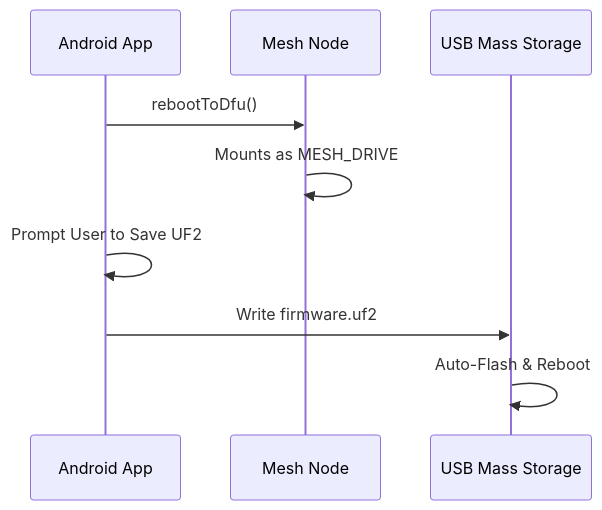
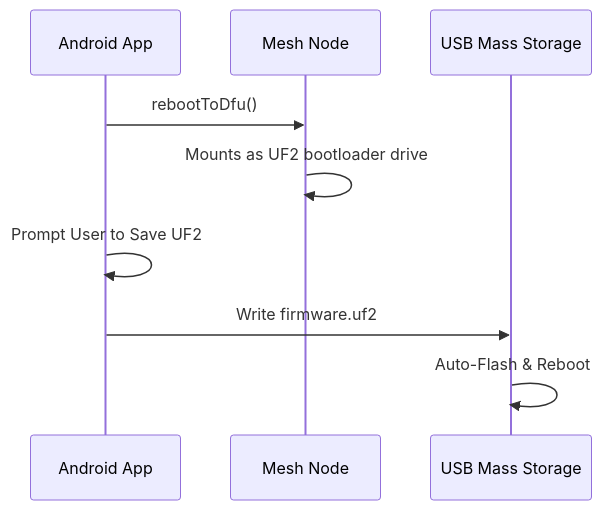
One commit to meshtastic/Meshtastic-Android changed the third of 5 diagrams in feature/firmware/README.md. Above: the diagram before and after it, drawn with Mermaid. The commit also changed other lines of this file and 108 other files, not shown here.

````diff
--- a/feature/firmware/README.md
+++ b/feature/firmware/README.md
@@ -66,12 +68,12 @@
 ```mermaid
 sequenceDiagram
     participant App as Android App
     participant Radio as Mesh Node
     participant USB as USB Mass Storage
 
     App->>Radio: rebootToDfu()
-    Radio->>Radio: Mounts as MESH_DRIVE
+    Radio->>Radio: Mounts as UF2 bootloader drive
     App->>App: Prompt User to Save UF2
     App->>USB: Write firmware.uf2
     USB->>USB: Auto-Flash & Reboot
 ```
````
